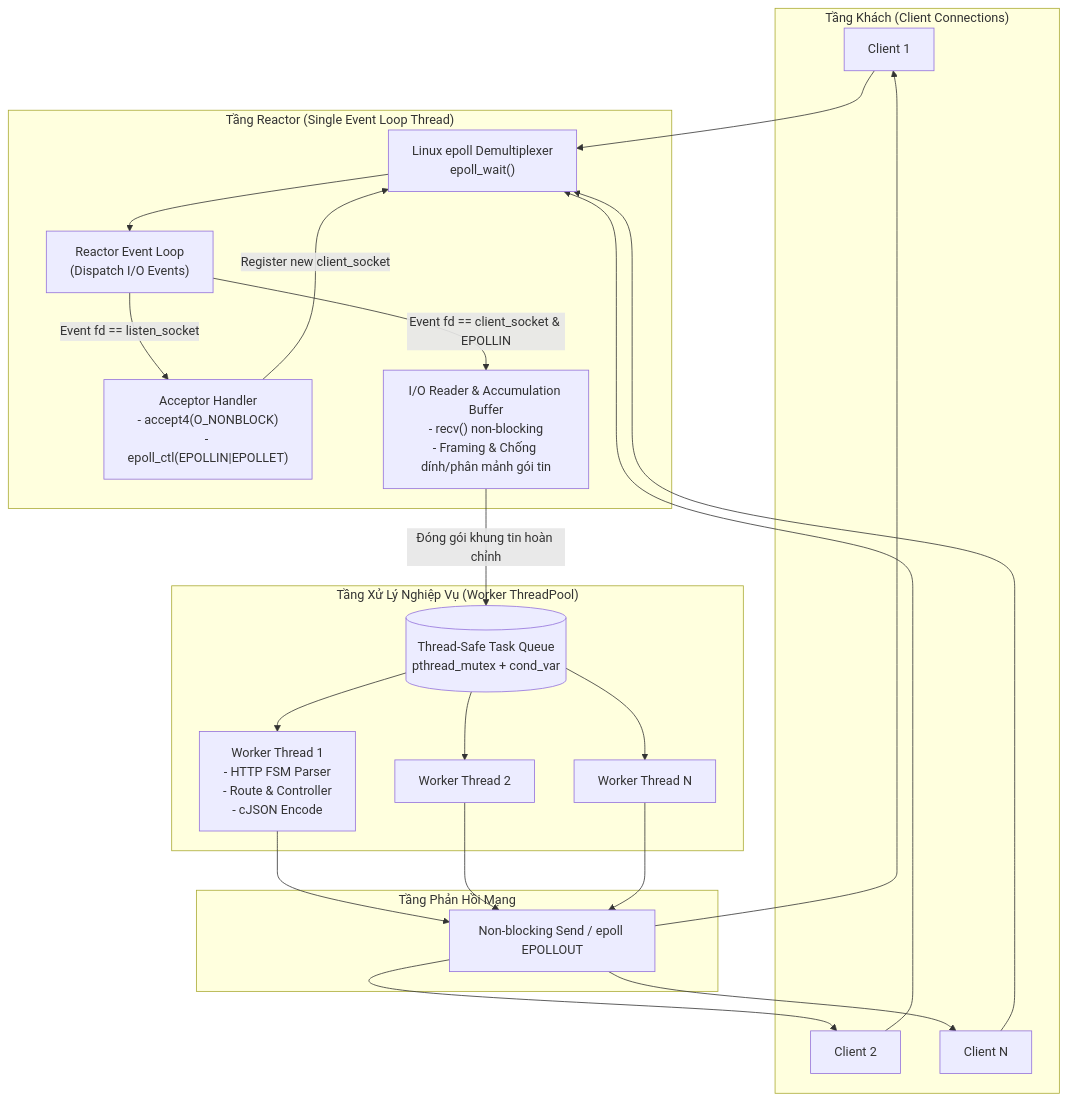
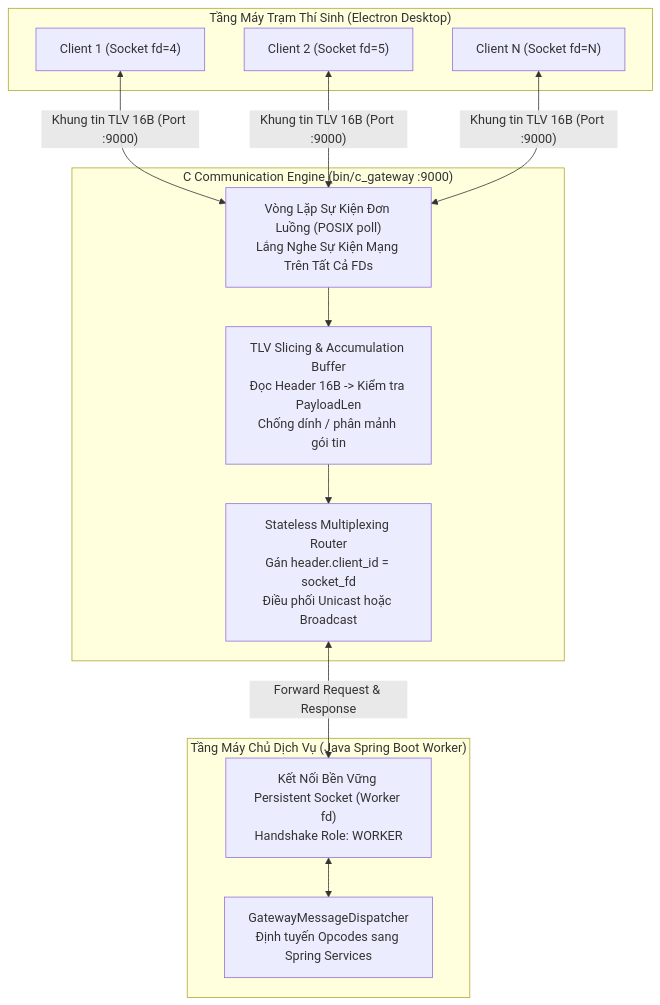
One commit to lethanhan01/mooc-clone changed the diagram in server-c/README.md. Above: the diagram before and after it, drawn with Mermaid. The commit also changed other lines of this file and 65 other files, not shown here.

````diff
--- a/server-c/README.md
+++ b/server-c/README.md
@@ -11,36 +15,25 @@
 ```mermaid
 flowchart TD
-    subgraph Clients["Tầng Khách (Client Connections)"]
-        C1["Client 1"]
-        C2["Client 2"]
-        Cn["Client N"]
+    subgraph DesktopClients["Tầng Máy Trạm Thí Sinh (Electron Desktop)"]
+        C1["Client 1 (Socket fd=4)"]
+        C2["Client 2 (Socket fd=5)"]
+        Cn["Client N (Socket fd=N)"]
     end
 
-    subgraph ReactorLayer["Tầng Reactor (Single Event Loop Thread)"]
-        EpollDemux["Linux epoll Demultiplexer<br/>epoll_wait()"]
-        ReactorLoop["Reactor Event Loop<br/>(Dispatch I/O Events)"]
-        Acceptor["Acceptor Handler<br/>- accept4(O_NONBLOCK)<br/>- epoll_ctl(EPOLLIN|EPOLLET)"]
-        IOReader["I/O Reader & Accumulation Buffer<br/>- recv() non-blocking<br/>- Framing & Chống dính/phân mảnh gói tin"]
+    subgraph CGatewayLayer["C Communication Engine (bin/c_gateway :9000)"]
+        PollLoop["Vòng Lặp Sự Kiện Đơn Luồng (POSIX poll)<br/>Lắng Nghe Sự Kiện Mạng Trên Tất Cả FDs"]
+        Framer["TLV Slicing & Accumulation Buffer<br/>Đọc Header 16B -> Kiểm tra PayloadLen<br/>Chống dính / phân mảnh gói tin"]
+        Router["Stateless Multiplexing Router<br/>Gán header.client_id = socket_fd<br/>Điều phối Unicast hoặc Broadcast"]
     end
 
-    subgraph WorkerPoolLayer["Tầng Xử Lý Nghiệp Vụ (Worker ThreadPool)"]
-        TaskQueue[("Thread-Safe Task Queue<br/>pthread_mutex + cond_var")]
-        W1["Worker Thread 1<br/>- HTTP FSM Parser<br/>- Route & Controller<br/>- cJSON Encode"]
-        W2["Worker Thread 2"]
-        Wn["Worker Thread N"]
+    subgraph WorkerLayer["Tầng Máy Chủ Dịch Vụ (Java Spring Boot Worker)"]
+        WorkerChannel["Kết Nối Bền Vững Persistent Socket (Worker fd)<br/>Handshake Role: WORKER"]
+        Dispatcher["GatewayMessageDispatcher<br/>Định tuyến Opcodes sang Spring Services"]
     end
 
-    subgraph ResponseDispatch["Tầng Phản Hồi Mạng"]
-        RespWrite["Non-blocking Send / epoll EPOLLOUT"]
-    end
-
-    C1 & C2 & Cn --> EpollDemux
-    EpollDemux --> ReactorLoop
-    ReactorLoop -->|Event fd == listen_socket| Acceptor
-    ReactorLoop -->|Event fd == client_socket & EPOLLIN| IOReader
-    Acceptor -->|Register new client_socket| EpollDemux
-    IOReader -->|Đóng gói khung tin hoàn chỉnh| TaskQueue
-    TaskQueue --> W1 & W2 & Wn
-    W1 & W2 & Wn --> RespWrite
-    RespWrite --> C1 & C2 & Cn
+    C1 & C2 & Cn <-->|"Khung tin TLV 16B (Port :9000)"| PollLoop
+    PollLoop --> Framer
+    Framer --> Router
+    Router <-->|"Forward Request & Response"| WorkerChannel
+    WorkerChannel <--> Dispatcher
 ```
````
